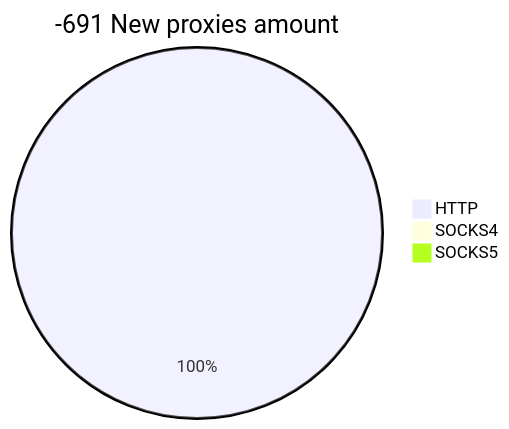
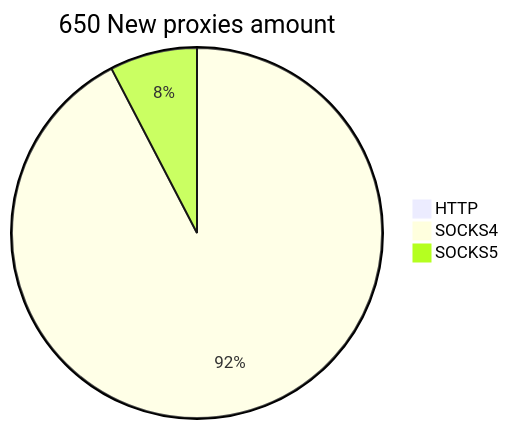
Before and after one commit to cutipu/proxylist: the second of 2 diagrams in README.md, drawn with Mermaid. The commit also changed other lines of this file, not shown here.

````diff
--- a/README.md
+++ b/README.md
@@ -10,6 +10,6 @@
 ```mermaid
-pie title -691 New proxies amount
-    "HTTP" : 12
-    "SOCKS4" : 0
-    "SOCKS5" : 0
+pie title 650 New proxies amount
+    "HTTP" : 0
+    "SOCKS4" : 617
+    "SOCKS5" : 51
 ```
````
